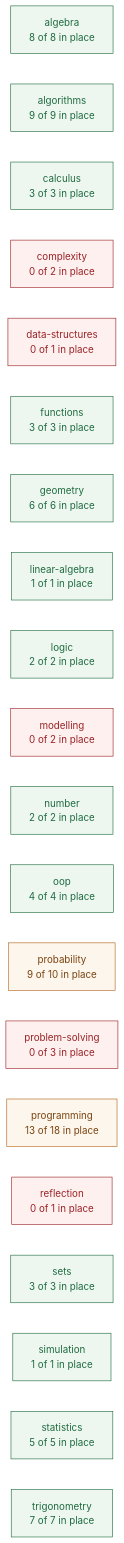
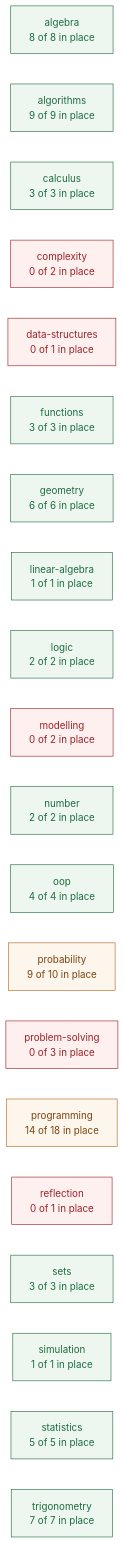
Before and after one commit to deweydex/dewlab: the first of 3 diagrams in planning/CURRICULUM_MAP.md, drawn with Mermaid (base theme). The commit also changed other lines of this file and 4 other files, not shown here.

````diff
--- a/planning/CURRICULUM_MAP.md
+++ b/planning/CURRICULUM_MAP.md
@@ -52,30 +52,30 @@
 ```mermaid
 graph LR
   algebra["algebra<br/>8 of 8 in place"]
   algorithms["algorithms<br/>9 of 9 in place"]
   calculus["calculus<br/>3 of 3 in place"]
   complexity["complexity<br/>0 of 2 in place"]
   data_structures["data-structures<br/>0 of 1 in place"]
   functions["functions<br/>3 of 3 in place"]
   geometry["geometry<br/>6 of 6 in place"]
   linear_algebra["linear-algebra<br/>1 of 1 in place"]
   logic["logic<br/>2 of 2 in place"]
   modelling["modelling<br/>0 of 2 in place"]
   number["number<br/>2 of 2 in place"]
   oop["oop<br/>4 of 4 in place"]
   probability["probability<br/>9 of 10 in place"]
   problem_solving["problem-solving<br/>0 of 3 in place"]
-  programming["programming<br/>13 of 18 in place"]
+  programming["programming<br/>14 of 18 in place"]
   reflection["reflection<br/>0 of 1 in place"]
   sets["sets<br/>3 of 3 in place"]
   simulation["simulation<br/>1 of 1 in place"]
   statistics["statistics<br/>5 of 5 in place"]
   trigonometry["trigonometry<br/>7 of 7 in place"]
 
   classDef full fill:#edf7f0,stroke:#1f6b3f,color:#1f6b3f;
   classDef part fill:#fdf6ec,stroke:#b5651d,color:#7a4310;
   classDef none fill:#fdf0ef,stroke:#9b2226,color:#9b2226;
   class algebra,algorithms,calculus,functions,geometry,linear_algebra,logic,number,oop,sets,simulation,statistics,trigonometry full;
   class probability,programming part;
   class complexity,data_structures,modelling,problem_solving,reflection none;
 ```
````
